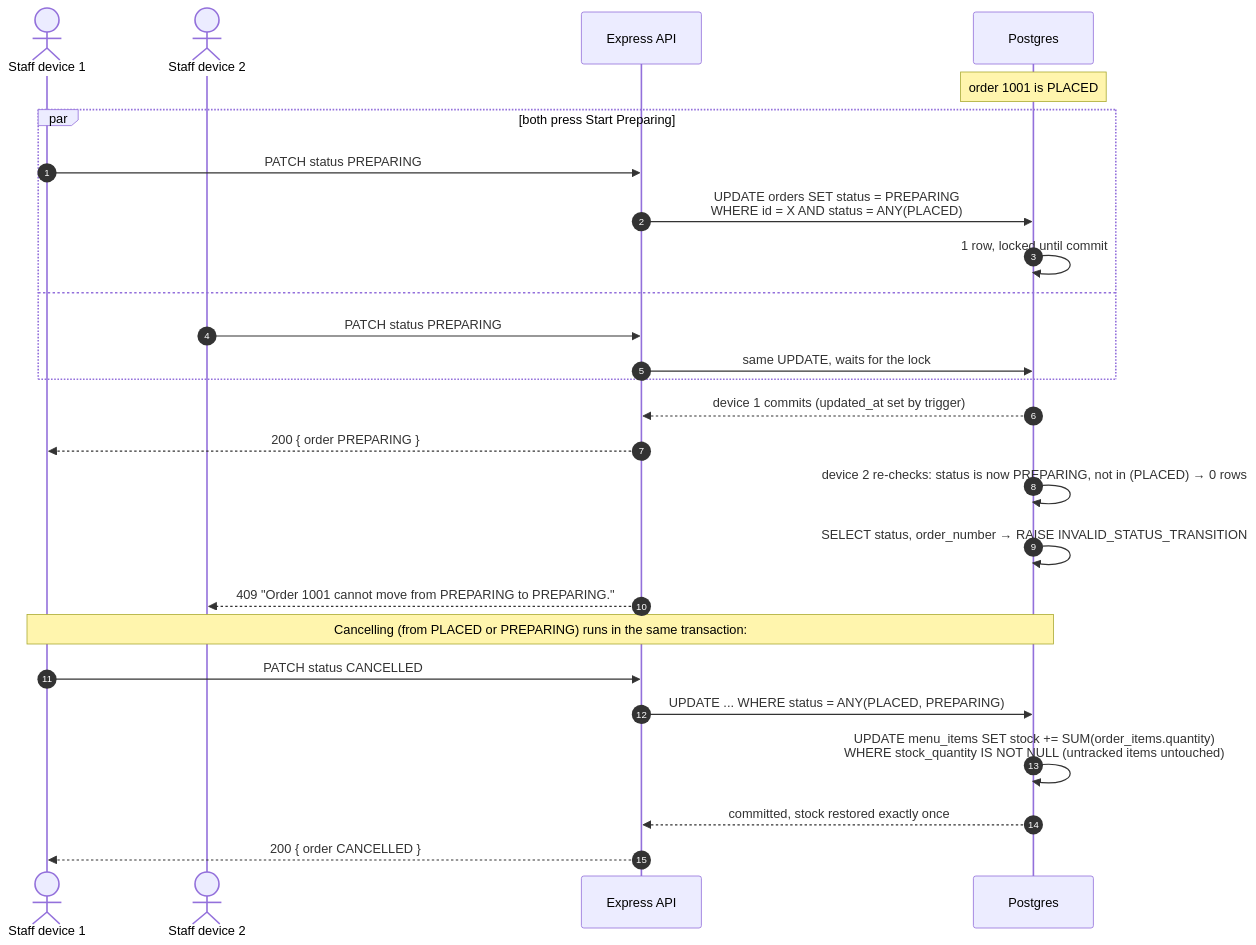
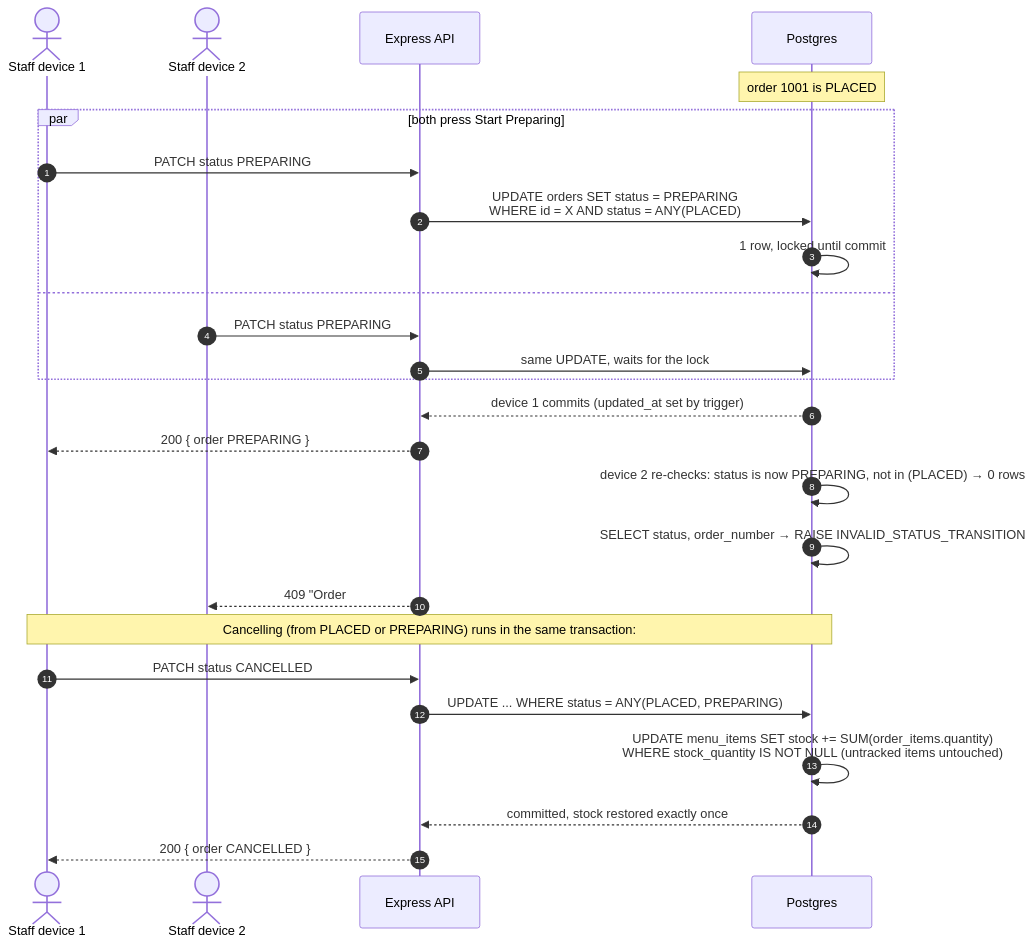
Before and after one commit to The-KhaNha/KhaNha: diagram 22 of 27 in docs/ARCHITECTURE.md, drawn with Mermaid. The commit also changed other lines of this file and 168 other files, not shown here.

````diff
--- a/docs/ARCHITECTURE.md
+++ b/docs/ARCHITECTURE.md
@@ -739,30 +758,30 @@
 ```mermaid
 sequenceDiagram
   autonumber
   actor S1 as Staff device 1
   actor S2 as Staff device 2
   participant API as Express API
   participant DB as Postgres
 
   Note over DB: order 1001 is PLACED
   par both press Start Preparing
     S1->>API: PATCH status PREPARING
     API->>DB: UPDATE orders SET status = PREPARING<br/>WHERE id = X AND status = ANY(PLACED)
     DB->>DB: 1 row, locked until commit
   and
     S2->>API: PATCH status PREPARING
     API->>DB: same UPDATE, waits for the lock
   end
   DB-->>API: device 1 commits (updated_at set by trigger)
   API-->>S1: 200 { order PREPARING }
   DB->>DB: device 2 re-checks: status is now PREPARING, not in (PLACED) → 0 rows
   DB->>DB: SELECT status, order_number → RAISE INVALID_STATUS_TRANSITION
-  API-->>S2: 409 "Order 1001 cannot move from PREPARING to PREPARING."
+  API-->>S2: 409 "Order #1001 cannot move from PREPARING to PREPARING."
 
   Note over S1,DB: Cancelling (from PLACED or PREPARING) runs in the same transaction:
   S1->>API: PATCH status CANCELLED
   API->>DB: UPDATE ... WHERE status = ANY(PLACED, PREPARING)
   DB->>DB: UPDATE menu_items SET stock += SUM(order_items.quantity)<br/>WHERE stock_quantity IS NOT NULL (untracked items untouched)
   DB-->>API: committed, stock restored exactly once
   API-->>S1: 200 { order CANCELLED }
 ```
````
